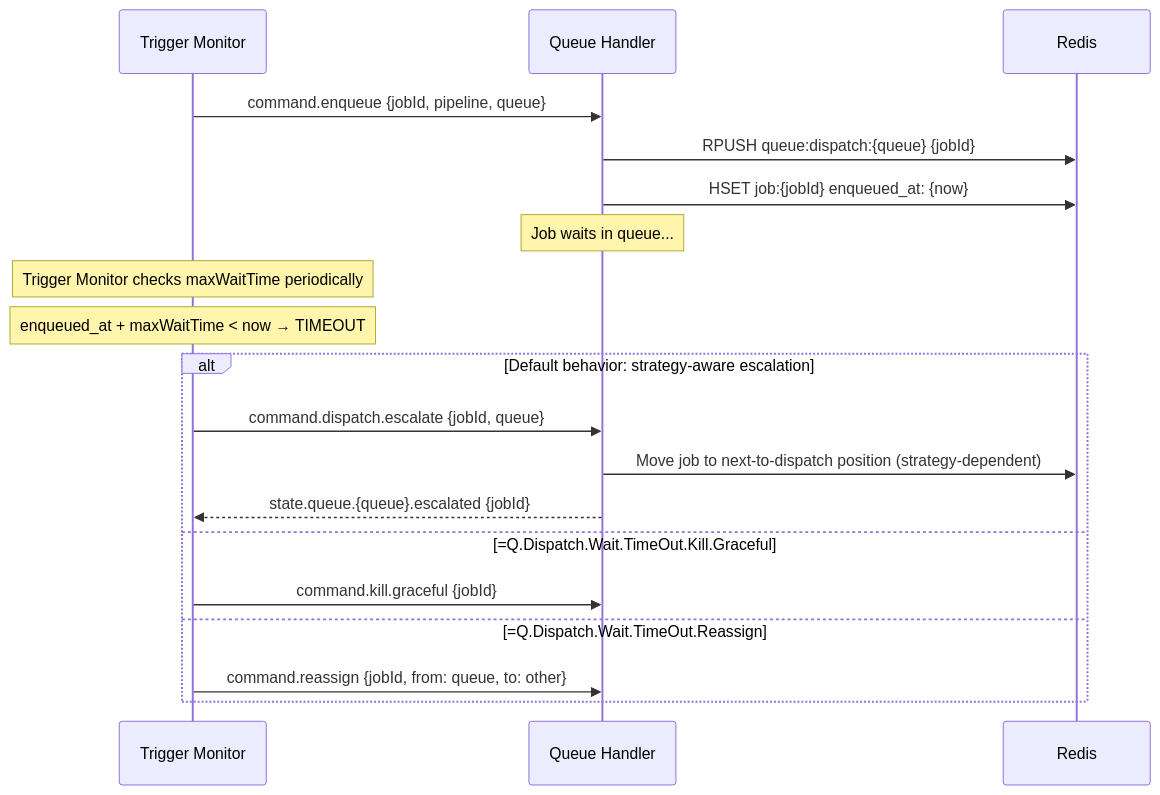
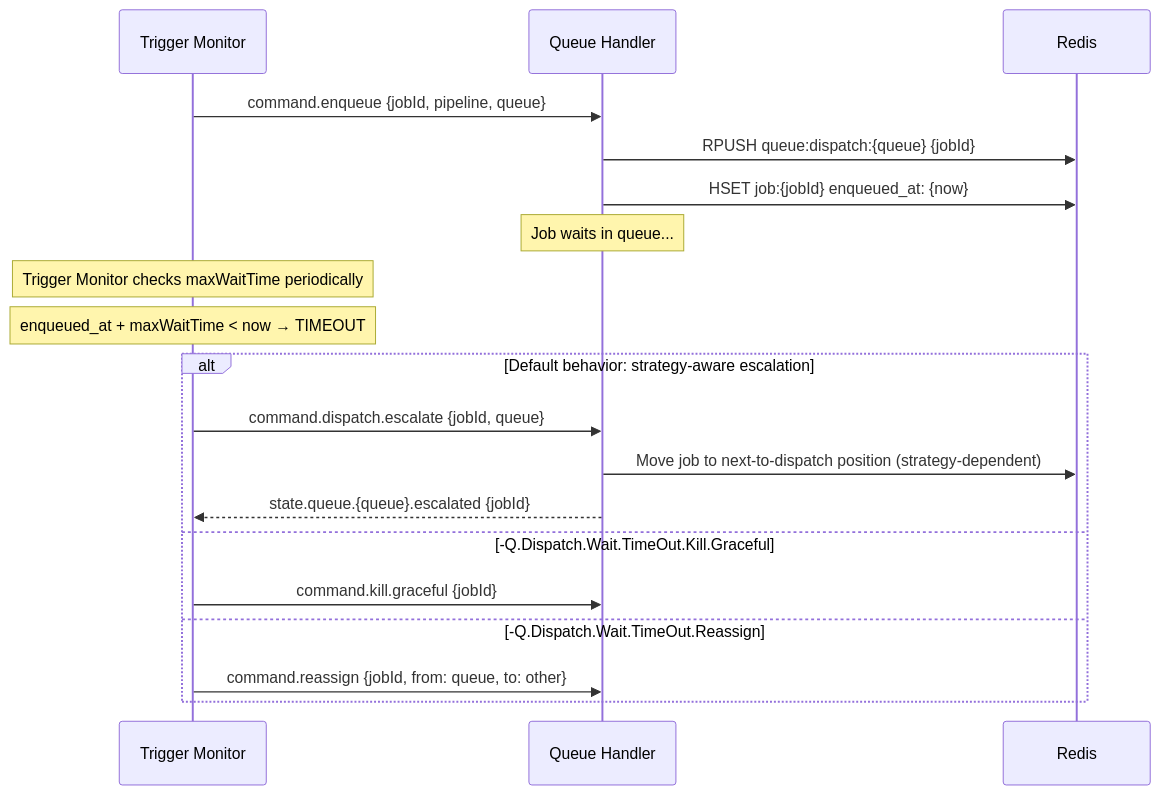
Before and after one commit to hasan-alj88/Polyglot: the fourth of 5 diagrams in docs/technical/plan/queue-manager/sequence-diagrams.md, drawn with Mermaid. The commit also changed other lines of this file and 47 other files, not shown here.

````diff
--- a/docs/technical/plan/queue-manager/sequence-diagrams.md
+++ b/docs/technical/plan/queue-manager/sequence-diagrams.md
@@ -137,25 +137,25 @@
 ```mermaid
 sequenceDiagram
     participant TM as Trigger Monitor
     participant QH as Queue Handler
     participant Redis
 
     TM->>QH: command.enqueue {jobId, pipeline, queue}
     QH->>Redis: RPUSH queue:dispatch:{queue} {jobId}
     QH->>Redis: HSET job:{jobId} enqueued_at: {now}
 
     Note over QH: Job waits in queue...
 
     Note over TM: Trigger Monitor checks maxWaitTime periodically
     Note over TM: enqueued_at + maxWaitTime < now → TIMEOUT
 
     alt Default behavior: strategy-aware escalation
         TM->>QH: command.dispatch.escalate {jobId, queue}
         QH->>Redis: Move job to next-to-dispatch position (strategy-dependent)
         QH-->>TM: state.queue.{queue}.escalated {jobId}
-    else =Q.Dispatch.Wait.TimeOut.Kill.Graceful
+    else -Q.Dispatch.Wait.TimeOut.Kill.Graceful
         TM->>QH: command.kill.graceful {jobId}
-    else =Q.Dispatch.Wait.TimeOut.Reassign
+    else -Q.Dispatch.Wait.TimeOut.Reassign
         TM->>QH: command.reassign {jobId, from: queue, to: other}
     end
 ```
````
